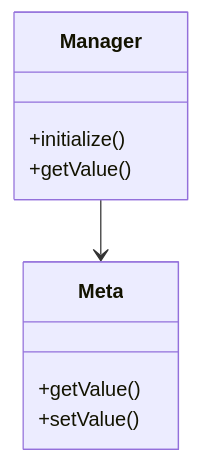
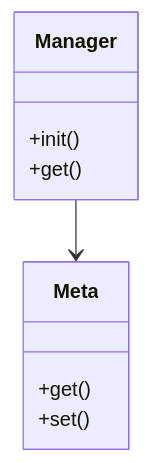
The fifth of 7 diagrams in _posts/2025-03-15-feature-flag-system.md (yeokyeong-yoon/yeokyeong-yoon.github.io), drawn with Mermaid before and after one commit.

Commit message:
docs: simplify class diagram in section 6.5

````diff
--- a/_posts/2025-03-15-feature-flag-system.md
+++ b/_posts/2025-03-15-feature-flag-system.md
@@ -632,12 +632,8 @@
 ```mermaid
 classDiagram
+    Manager : +init()
+    Manager : +get()
+    Meta : +get()
+    Meta : +set()
     Manager --> Meta
-    class Manager {
-        +initialize()
-        +getValue()
-    }
-    class Meta {
-        +getValue()
-        +setValue()
-    }
 ```
````
